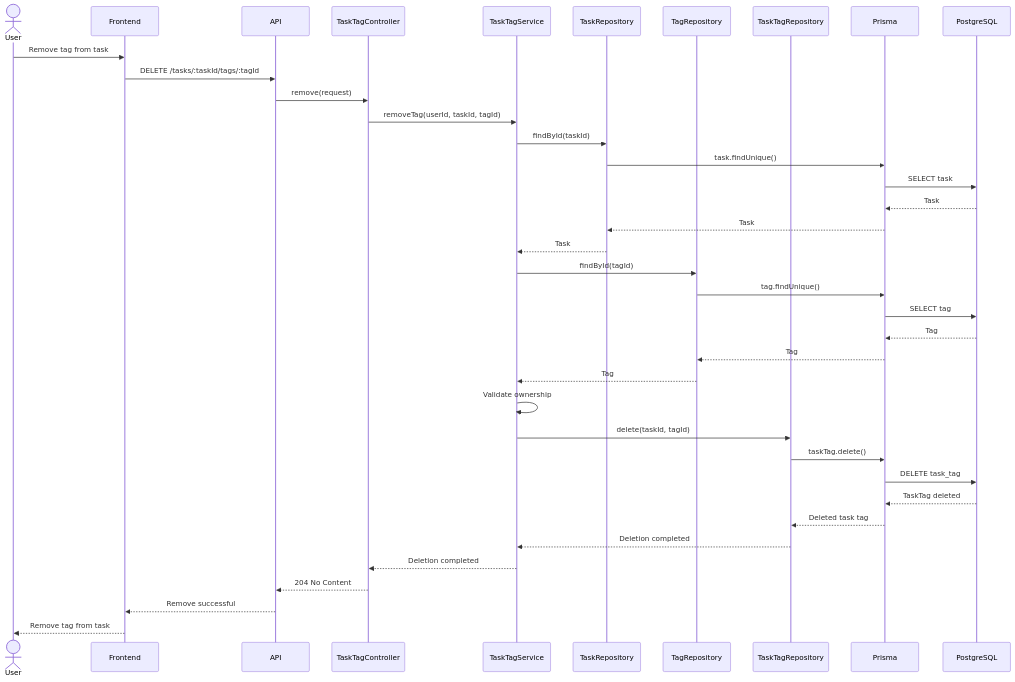
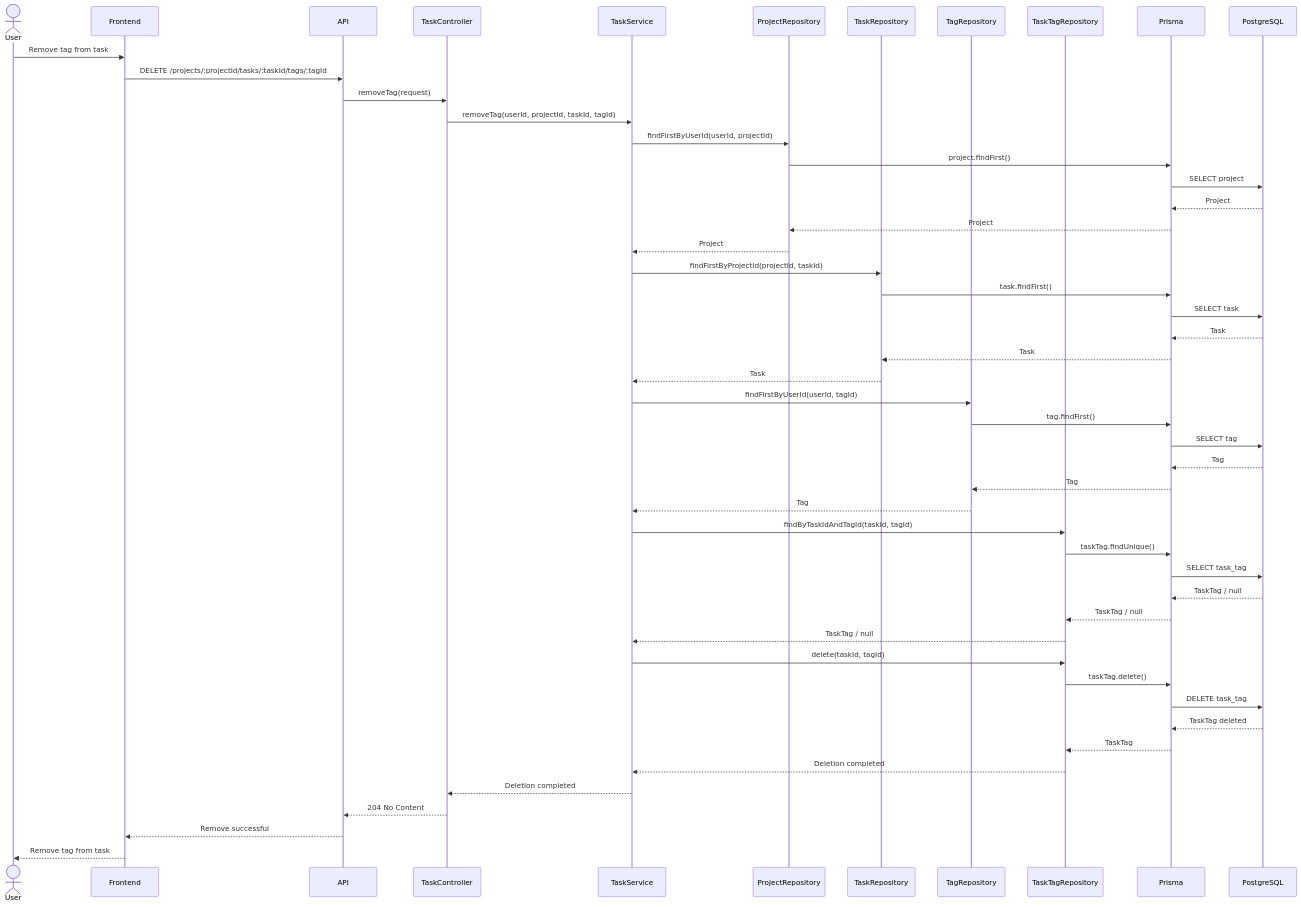
Before and after one commit to davihenriquedev1/prodixus: the diagram in docs/diagrams/sequence-diagrams/task-tags/remove.md, drawn with Mermaid. The commit also changed other lines of this file and 5 other files, not shown here.

Commit message:
feat(task): implement task tag association

````diff
--- a/docs/diagrams/sequence-diagrams/task-tags/remove.md
+++ b/docs/diagrams/sequence-diagrams/task-tags/remove.md
@@ -3,77 +3,62 @@
 ```mermaid
 sequenceDiagram
 
     actor User
-
     participant Frontend
-
     participant API
-
-    participant TaskTagController
-
-    participant TaskTagService
-
+    participant TaskController
+    participant TaskService
+    participant ProjectRepository
     participant TaskRepository
-
     participant TagRepository
-
     participant TaskTagRepository
-
     participant Prisma
-
     participant PostgreSQL
 
     User->>Frontend: Remove tag from task
 
-    Frontend->>API: DELETE /tasks/:taskId/tags/:tagId
+    Frontend->>API: DELETE /projects/:projectId/tasks/:taskId/tags/:tagId
+    API->>TaskController: removeTag(request)
 
-    API->>TaskTagController: remove(request)
+    TaskController->>TaskService: removeTag(userId, projectId, taskId, tagId)
 
-    TaskTagController->>TaskTagService: removeTag(userId, taskId, tagId)
+    TaskService->>ProjectRepository: findFirstByUserId(userId, projectId)
+    ProjectRepository->>Prisma: project.findFirst()
+    Prisma->>PostgreSQL: SELECT project
+    PostgreSQL-->>Prisma: Project
+    Prisma-->>ProjectRepository: Project
+    ProjectRepository-->>TaskService: Project
 
-    TaskTagService->>TaskRepository: findById(taskId)
+    TaskService->>TaskRepository: findFirstByProjectId(projectId, taskId)
+    TaskRepository->>Prisma: task.findFirst()
+    Prisma->>PostgreSQL: SELECT task
+    PostgreSQL-->>Prisma: Task
+    Prisma-->>TaskRepository: Task
+    TaskRepository-->>TaskService: Task
 
-    TaskRepository->>Prisma: task.findUnique()
+    TaskService->>TagRepository: findFirstByUserId(userId, tagId)
+    TagRepository->>Prisma: tag.findFirst()
+    Prisma->>PostgreSQL: SELECT tag
+    PostgreSQL-->>Prisma: Tag
+    Prisma-->>TagRepository: Tag
+    TagRepository-->>TaskService: Tag
 
-    Prisma->>PostgreSQL: SELECT task
+    TaskService->>TaskTagRepository: findByTaskIdAndTagId(taskId, tagId)
+    TaskTagRepository->>Prisma: taskTag.findUnique()
+    Prisma->>PostgreSQL: SELECT task_tag
+    PostgreSQL-->>Prisma: TaskTag / null
+    Prisma-->>TaskTagRepository: TaskTag / null
+    TaskTagRepository-->>TaskService: TaskTag / null
 
-    PostgreSQL-->>Prisma: Task
+    TaskService->>TaskTagRepository: delete(taskId, tagId)
+    TaskTagRepository->>Prisma: taskTag.delete()
+    Prisma->>PostgreSQL: DELETE task_tag
+    PostgreSQL-->>Prisma: TaskTag deleted
+    Prisma-->>TaskTagRepository: TaskTag
+    TaskTagRepository-->>TaskService: Deletion completed
 
-    Prisma-->>TaskRepository: Task
-
-    TaskRepository-->>TaskTagService: Task
-
-    TaskTagService->>TagRepository: findById(tagId)
-
-    TagRepository->>Prisma: tag.findUnique()
-
-    Prisma->>PostgreSQL: SELECT tag
-
-    PostgreSQL-->>Prisma: Tag
-
-    Prisma-->>TagRepository: Tag
-
-    TagRepository-->>TaskTagService: Tag
-
-    TaskTagService->>TaskTagService: Validate ownership
-
-    TaskTagService->>TaskTagRepository: delete(taskId, tagId)
-
-    TaskTagRepository->>Prisma: taskTag.delete()
-
-    Prisma->>PostgreSQL: DELETE task_tag
-
-    PostgreSQL-->>Prisma: TaskTag deleted
-
-    Prisma-->>TaskTagRepository: Deleted task tag
-
-    TaskTagRepository-->>TaskTagService: Deletion completed
-
-    TaskTagService-->>TaskTagController: Deletion completed
-
-    TaskTagController-->>API: 204 No Content
-
+    TaskService-->>TaskController: Deletion completed
+    TaskController-->>API: 204 No Content
     API-->>Frontend: Remove successful
-
     Frontend-->>User: Remove tag from task
 ```
````
